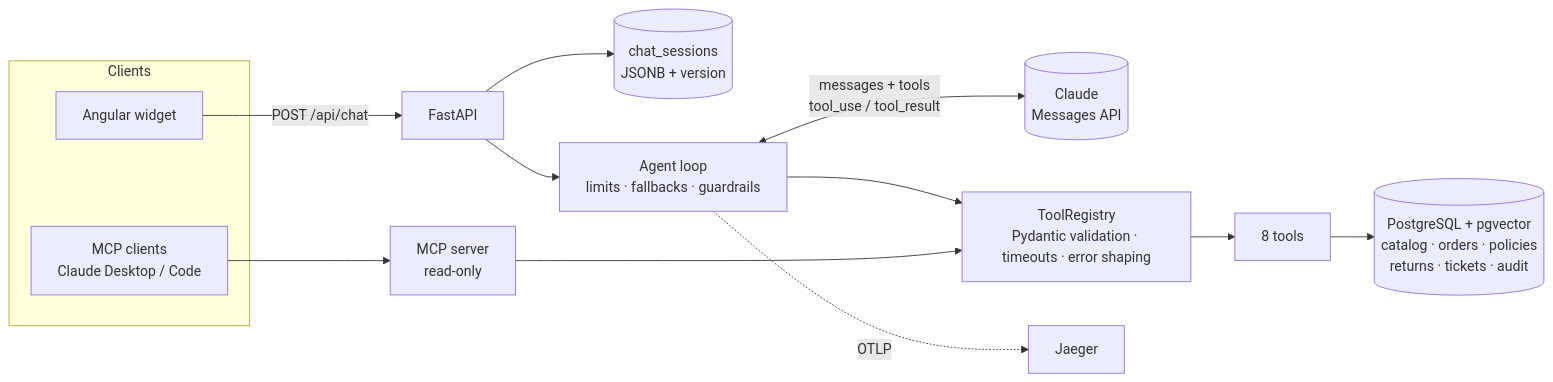
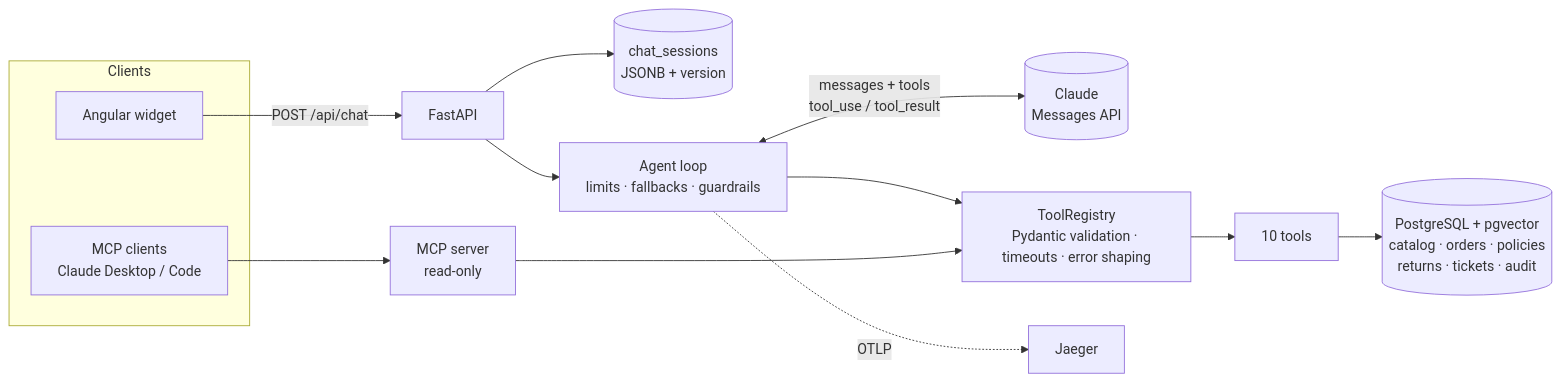
Before and after one commit to rnachoc/quilora-assistant: the diagram in README.md, drawn with Mermaid. The commit also changed other lines of this file and 3 other files, not shown here.

````diff
--- a/README.md
+++ b/README.md
@@ -40,16 +40,16 @@
 ```mermaid
 flowchart LR
     subgraph Clients
       W[Angular widget]
       MC[MCP clients<br/>Claude Desktop / Code]
     end
     W -->|POST /api/chat| API[FastAPI]
     API --> S[(chat_sessions<br/>JSONB + version)]
     API --> L[Agent loop<br/>limits · fallbacks · guardrails]
     L <-->|messages + tools<br/>tool_use / tool_result| M[(Claude<br/>Messages API)]
     L --> R[ToolRegistry<br/>Pydantic validation · timeouts · error shaping]
     MC --> MCP[MCP server<br/>read-only] --> R
-    R --> T[8 tools]
+    R --> T[10 tools]
     T --> DB[(PostgreSQL + pgvector<br/>catalog · orders · policies<br/>returns · tickets · audit)]
     L -. OTLP .-> J[Jaeger]
 ```
````
